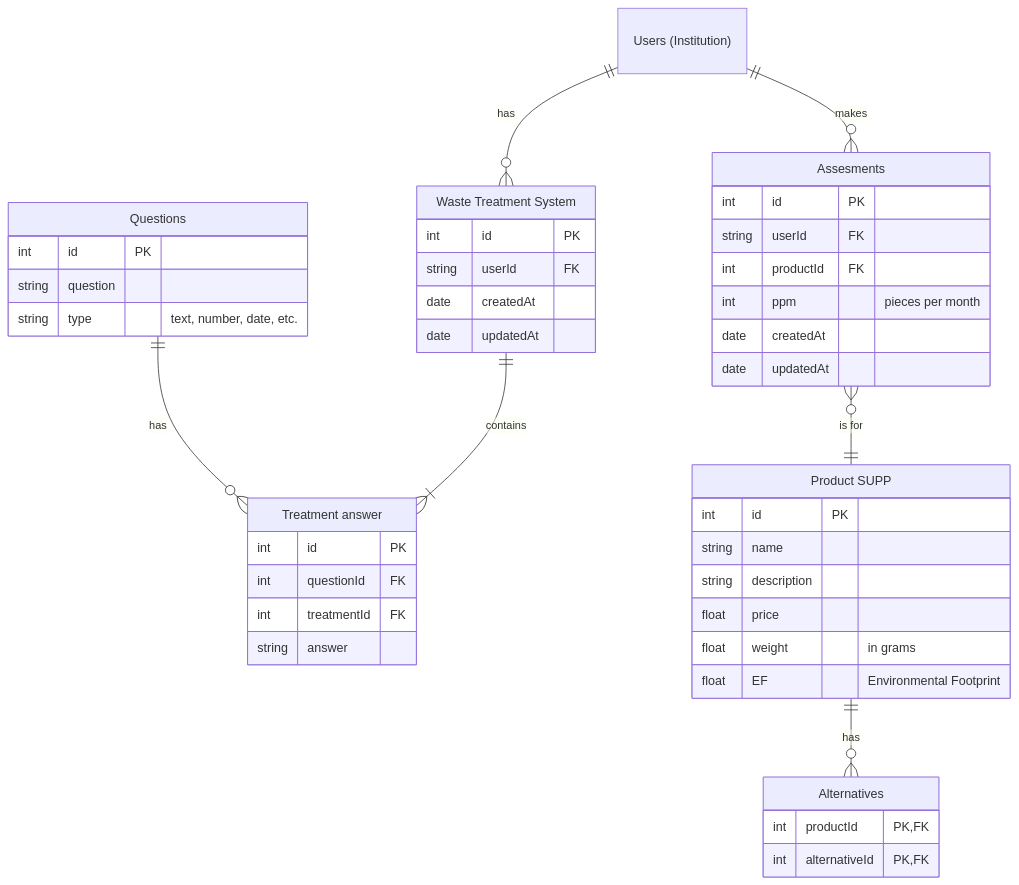
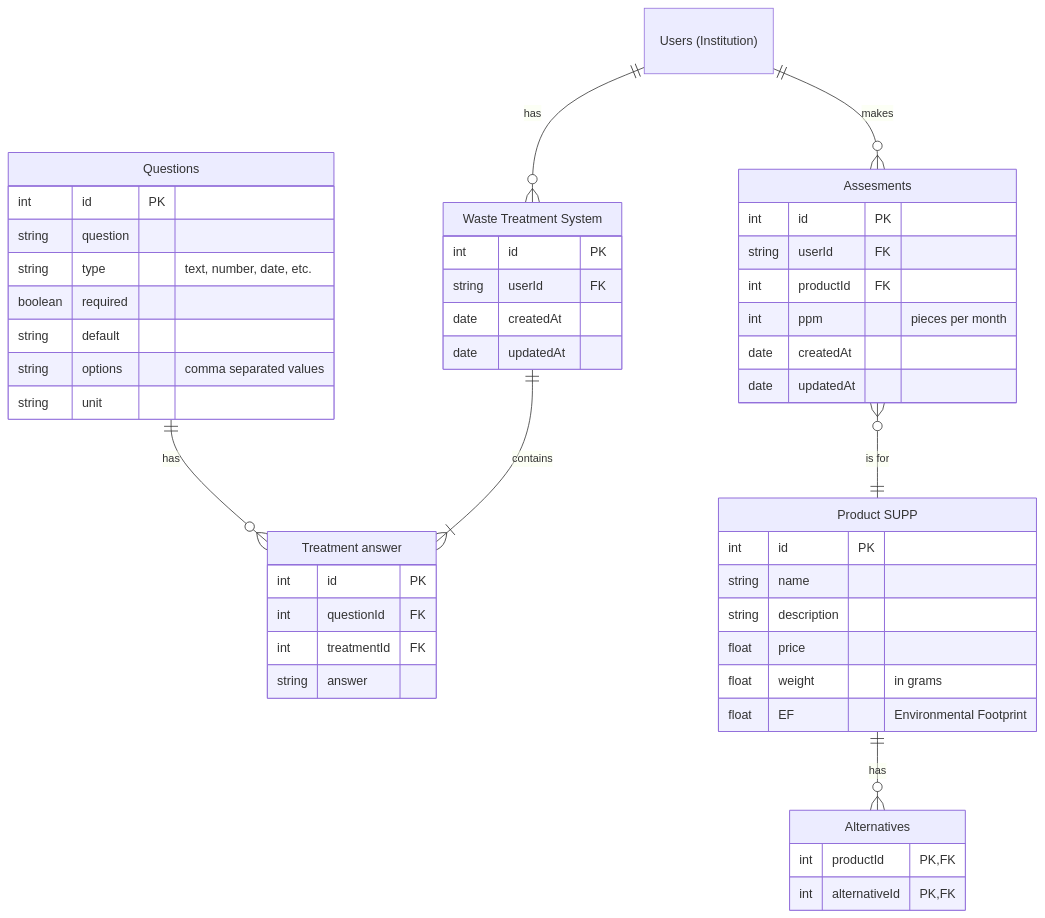
One commit to SimonStnn/BEMED changed the diagram in backend/README.md. Above: the diagram before and after it, drawn with Mermaid. The commit also changed 1 other file, not shown here.

Commit message:
Add extra options to questions table

````diff
--- a/backend/README.md
+++ b/backend/README.md
@@ -5,55 +5,59 @@
 ```mermaid
 erDiagram
 users["Users (Institution)"] {}
 
 treatments["Waste Treatment System"] {
     int id PK
     string userId FK
     date createdAt
     date updatedAt
 }
 
 questions["Questions"] {
     int id PK
     string question
     string type "text, number, date, etc."
+    boolean required
+    string default
+    string options "comma separated values"
+    string unit
 }
 
 answer["Treatment answer"] {
     int id PK
     int questionId FK
     int treatmentId FK
     string answer
 }
 
 products["Product SUPP"] {
     int id PK
     string name
     string description
     float price 
     float weight "in grams"
     float EF "Environmental Footprint"
 }
 
 alternatives["Alternatives"] {
     int productId PK, FK
     int alternativeId PK, FK
 }
 
 assesments["Assesments"] {
     int id PK
     string userId FK
     int productId FK
     int ppm "pieces per month"
     date createdAt
     date updatedAt
 }
 
 questions ||--o{ answer : "has"
 treatments ||-- |{ answer : "contains"
 users ||--o{ treatments : "has"
 users ||--o{ assesments : "makes"
 products ||--o{ alternatives : "has"
 assesments }o--|| products : "is for"
 
 ```
````
